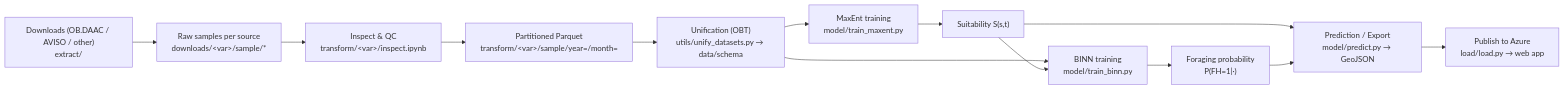
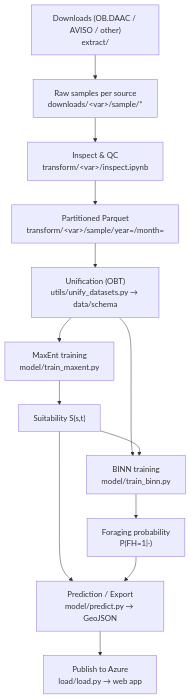
One commit to Chiwinners/tag-and-satellite-data-model changed the diagram in README.md. Above: the diagram before and after it, drawn with Mermaid.

````diff
--- a/README.md
+++ b/README.md
@@ -78,15 +78,15 @@
 ```mermaid
-flowchart LR
+flowchart TD
   A["Downloads (OB.DAAC / AVISO / other)<br/>extract/"] --> B["Raw samples per source<br/>downloads/&lt;var&gt;/sample/*"]
   B --> C["Inspect & QC<br/>transform/&lt;var&gt;/inspect.ipynb"]
   C --> D["Partitioned Parquet<br/>transform/&lt;var&gt;/sample/year=/month="]
   D --> E["Unification (OBT)<br/>utils/unify_datasets.py → data/schema"]
   E --> F1["MaxEnt training<br/>model/train_maxent.py"]
   F1 --> G1["Suitability S(s,t)"]
   E --> F2["BINN training<br/>model/train_binn.py"]
   G1 --> F2
   F2 --> G2["Foraging probability<br/>P(FH=1|·)"]
   G1 --> H["Prediction / Export<br/>model/predict.py → GeoJSON"]
   G2 --> H
   H --> I["Publish to Azure<br/>load/load.py → web app"]
 ```
````
